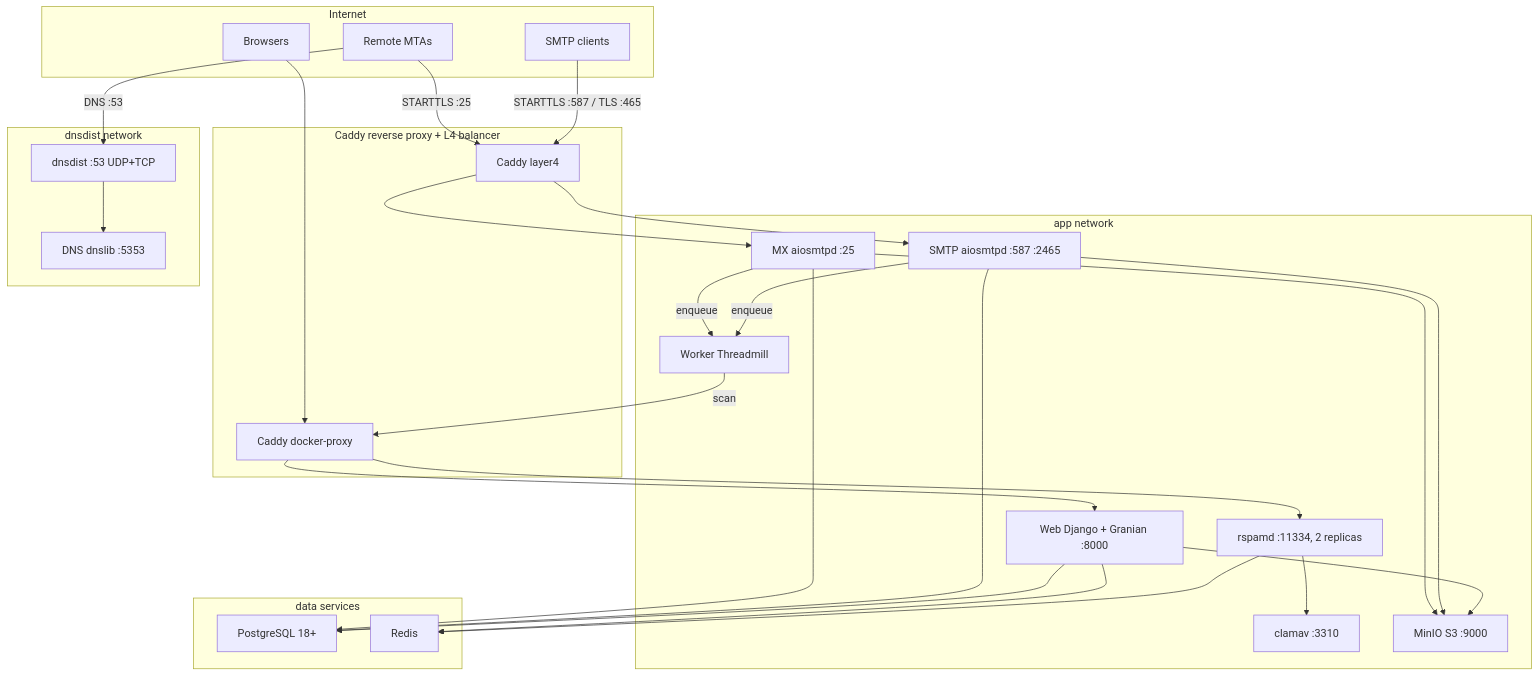
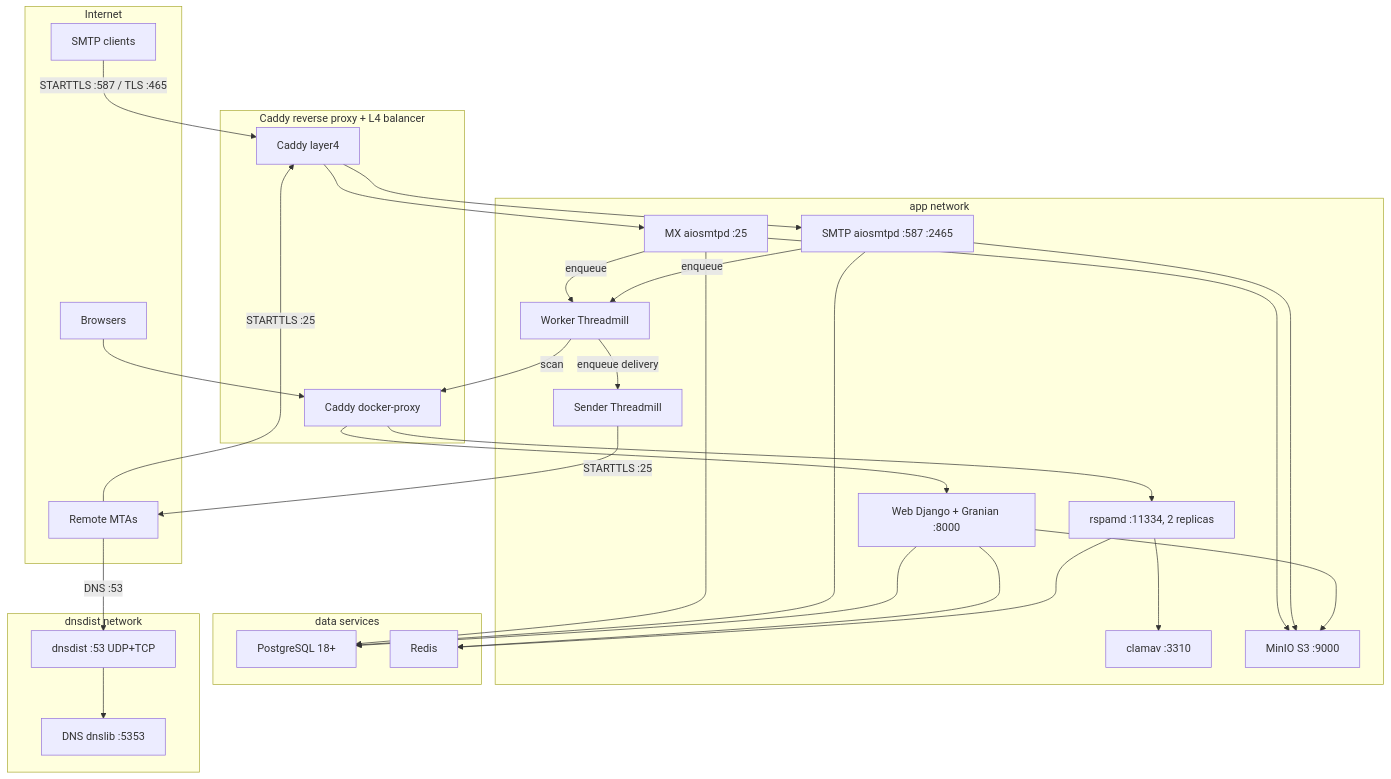
One commit to codingjoe/relay changed the first of 2 diagrams in README.md. Above: the diagram before and after it, drawn with Mermaid. The commit also changed other lines of this file and 7 other files, not shown here.

````diff
--- a/README.md
+++ b/README.md
@@ -86,55 +87,58 @@
 ```mermaid
 flowchart TD
     subgraph internet[Internet]
         client[SMTP clients]
         sender[Remote MTAs]
         browser[Browsers]
     end
 
     subgraph caddy[Caddy reverse proxy + L4 balancer]
         caddy_proxy[Caddy docker-proxy]
         caddy_l4[Caddy layer4]
     end
 
     subgraph app[app network]
         web[Web Django + Granian :8000]
         msa[SMTP aiosmtpd :587 :2465]
         mta[MX aiosmtpd :25]
         worker[Worker Threadmill]
+        mail_sender[Sender Threadmill]
         rspamd[rspamd :11334, 2 replicas]
         clamav[clamav :3310]
         minio[MinIO S3 :9000]
     end
 
     subgraph data[data services]
         pg[PostgreSQL 18+]
         redis[Redis]
     end
 
     subgraph dns[dnsdist network]
         dnsdist[dnsdist :53 UDP+TCP]
         dns_ns[DNS dnslib :5353]
     end
 
     browser --> caddy_proxy
     caddy_proxy --> web
     client -->|STARTTLS :587 / TLS :465| caddy_l4
     sender -->|STARTTLS :25| caddy_l4
     caddy_l4 --> msa
     caddy_l4 --> mta
     msa -->|enqueue| worker
     mta -->|enqueue| worker
+    worker -->|enqueue delivery| mail_sender
+    mail_sender -->|STARTTLS :25| sender
     worker -->|scan| caddy_proxy
     caddy_proxy --> rspamd
     rspamd --> redis
     rspamd --> clamav
     web --> pg
     web --> redis
     web --> minio
     msa --> pg
     msa --> minio
     mta --> pg
     mta --> minio
     dnsdist --> dns_ns
     sender -->|DNS :53| dnsdist
 ```
````
